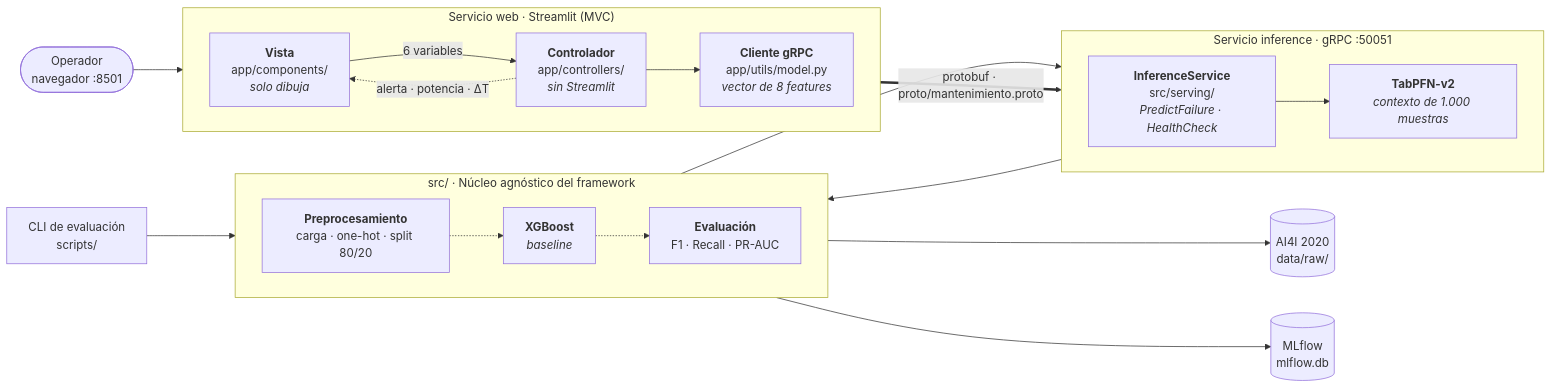
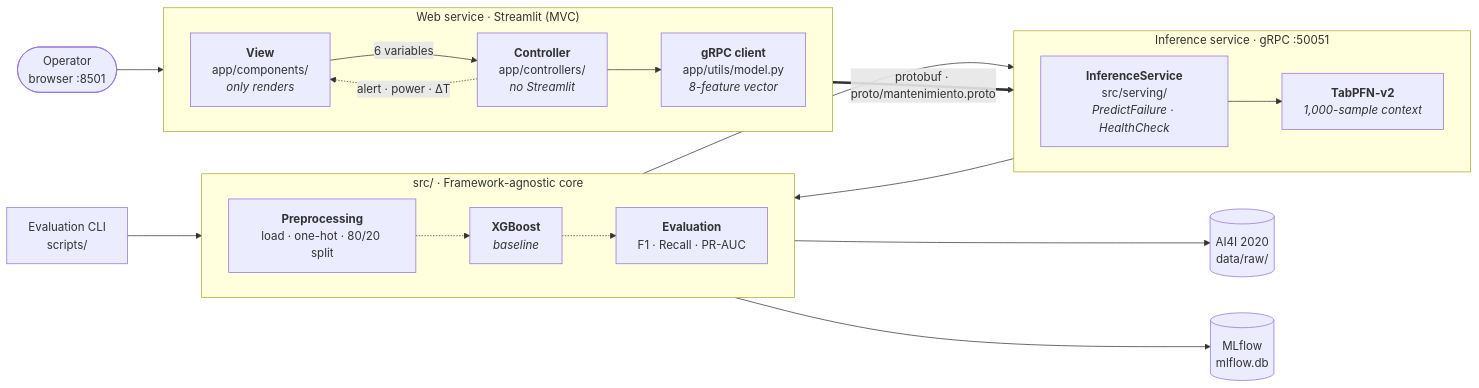
One commit to julicapa15/ProyectoDDPIA_MantenimientoPredictivoIA changed the diagram in README.md. Above: the diagram before and after it, drawn with Mermaid. The commit also changed other lines of this file, not shown here.

````diff
--- a/README.md
+++ b/README.md
@@ -86,42 +86,42 @@
 ```mermaid
 flowchart LR
-    operador(["Operador<br/>navegador :8501"])
+    operador(["Operator<br/>browser :8501"])
 
-    subgraph web["Servicio web · Streamlit (MVC)"]
+    subgraph web["Web service · Streamlit (MVC)"]
         direction LR
-        vista["<b>Vista</b><br/>app/components/<br/><i>solo dibuja</i>"]
-        ctrl["<b>Controlador</b><br/>app/controllers/<br/><i>sin Streamlit</i>"]
-        cliente["<b>Cliente gRPC</b><br/>app/utils/model.py<br/><i>vector de 8 features</i>"]
+        vista["<b>View</b><br/>app/components/<br/><i>only renders</i>"]
+        ctrl["<b>Controller</b><br/>app/controllers/<br/><i>no Streamlit</i>"]
+        cliente["<b>gRPC client</b><br/>app/utils/model.py<br/><i>8-feature vector</i>"]
     end
 
-    subgraph inference["Servicio inference · gRPC :50051"]
+    subgraph inference["Inference service · gRPC :50051"]
         direction LR
         server["<b>InferenceService</b><br/>src/serving/<br/><i>PredictFailure · HealthCheck</i>"]
-        tabpfn["<b>TabPFN-v2</b><br/><i>contexto de 1.000 muestras</i>"]
+        tabpfn["<b>TabPFN-v2</b><br/><i>1,000-sample context</i>"]
     end
 
-    subgraph src["src/ · Núcleo agnóstico del framework"]
+    subgraph src["src/ · Framework-agnostic core"]
         direction LR
-        preproc["<b>Preprocesamiento</b><br/>carga · one-hot · split 80/20"]
+        preproc["<b>Preprocessing</b><br/>load · one-hot · 80/20 split"]
         xgb["<b>XGBoost</b><br/><i>baseline</i>"]
-        evalm["<b>Evaluación</b><br/>F1 · Recall · PR-AUC"]
+        evalm["<b>Evaluation</b><br/>F1 · Recall · PR-AUC"]
     end
 
     dataset[("AI4I 2020<br/>data/raw/")]
     mlflowdb[("MLflow<br/>mlflow.db")]
-    cli["CLI de evaluación<br/>scripts/"]
+    cli["Evaluation CLI<br/>scripts/"]
 
     operador --> vista
     vista -->|"6 variables"| ctrl
     ctrl --> cliente
     cliente ==>|"protobuf · proto/mantenimiento.proto"| server
-    ctrl -.->|"alerta · potencia · ΔT"| vista
+    ctrl -.->|"alert · power · ΔT"| vista
     server --> tabpfn
     preproc --> tabpfn
     preproc -.-> xgb
     preproc --> dataset
     cli --> preproc
     tabpfn --> evalm
     xgb -.-> evalm
     evalm --> mlflowdb
 ```
````
